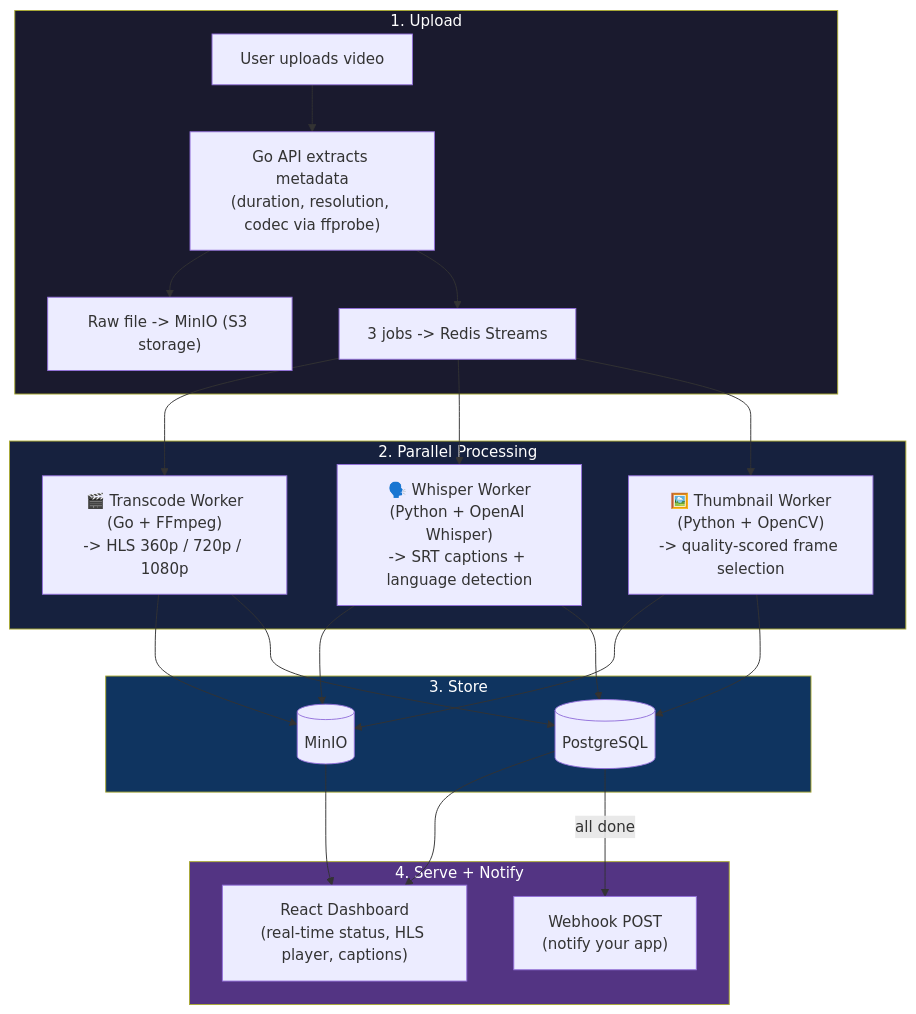
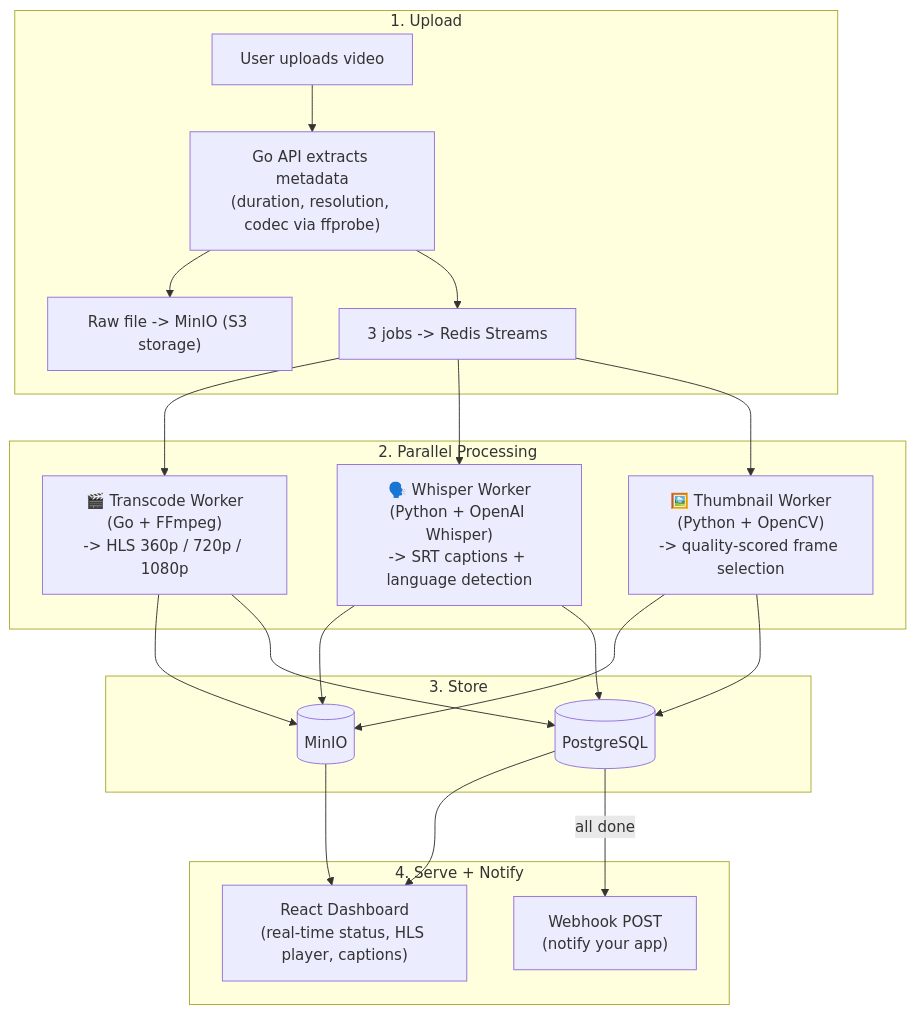
The first of 2 diagrams in README.md (Nixxx19/vidpipe), drawn with Mermaid before and after one commit.

Commit message:
remove diagram colors

````diff
--- a/README.md
+++ b/README.md
@@ -21,34 +21,30 @@
 ```mermaid
 flowchart TB
     subgraph upload["1. Upload"]
         A["User uploads video"] --> B["Go API extracts metadata<br/>(duration, resolution, codec via ffprobe)"]
         B --> C["Raw file -> MinIO (S3 storage)"]
         B --> D["3 jobs -> Redis Streams"]
     end
 
     subgraph processing["2. Parallel Processing"]
         D --> E["🎬 Transcode Worker<br/>(Go + FFmpeg)<br/>-> HLS 360p / 720p / 1080p"]
         D --> F["🗣️ Whisper Worker<br/>(Python + OpenAI Whisper)<br/>-> SRT captions + language detection"]
         D --> G["🖼️ Thumbnail Worker<br/>(Python + OpenCV)<br/>-> quality-scored frame selection"]
     end
 
     subgraph results["3. Store"]
         E --> H[(MinIO)]
         F --> H
         G --> H
         E --> I[(PostgreSQL)]
         F --> I
         G --> I
     end
 
     subgraph serve["4. Serve + Notify"]
         I --> J["React Dashboard<br/>(real-time status, HLS player, captions)"]
         H --> J
         I -->|all done| K["Webhook POST<br/>(notify your app)"]
     end
 
-    style upload fill:#1a1a2e,color:#fff
-    style processing fill:#16213e,color:#fff
-    style results fill:#0f3460,color:#fff
-    style serve fill:#533483,color:#fff
 ```
````
